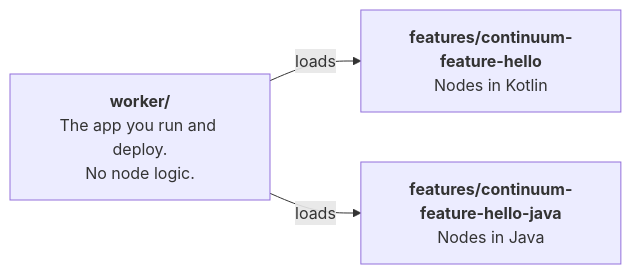
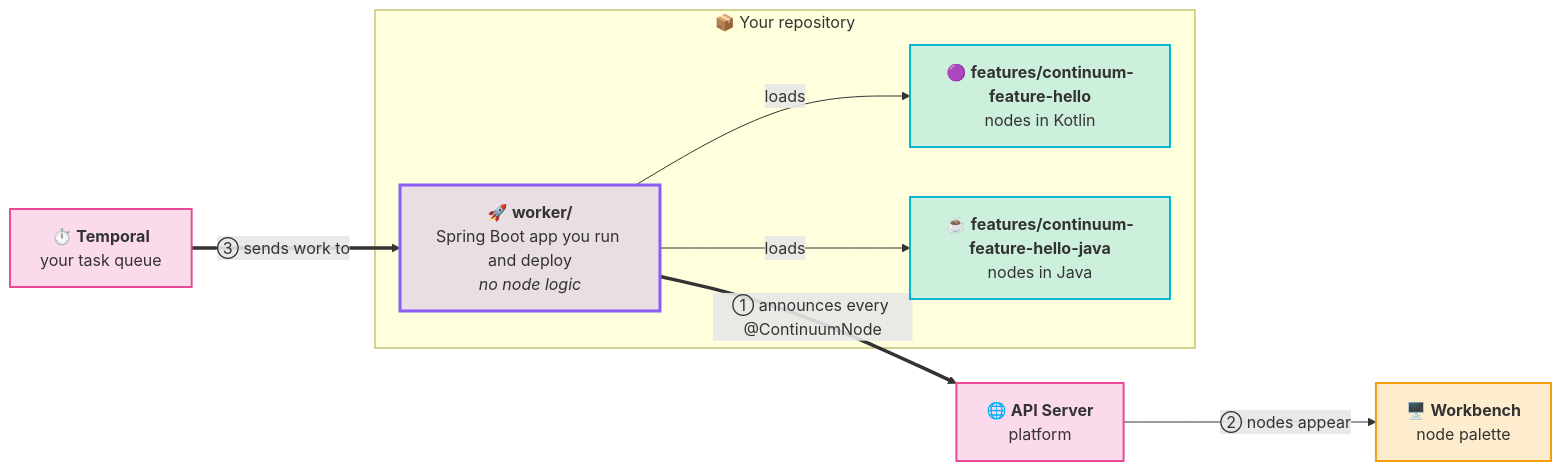
The diagram in docs/contributing/create-new-nodes/step-2-tour-the-template.md (projectcontinuum-org/continuum-docs), drawn with Mermaid before and after one commit. The commit also changed 15 other files, not shown here.

````diff
--- a/docs/contributing/create-new-nodes/step-2-tour-the-template.md
+++ b/docs/contributing/create-new-nodes/step-2-tour-the-template.md
@@ -20,6 +20,27 @@
 ```mermaid
 flowchart LR
-    W["<b>worker/</b><br/>The app you run and deploy.<br/>No node logic."]
-    W -->|loads| K["<b>features/continuum-feature-hello</b><br/>Nodes in Kotlin"]
-    W -->|loads| J["<b>features/continuum-feature-hello-java</b><br/>Nodes in Java"]
+  subgraph Repo["📦 Your repository"]
+    W["🚀 <b>worker/</b><br/>Spring Boot app you run and deploy<br/><i>no node logic</i>"]
+    K["🟣 <b>features/continuum-feature-hello</b><br/>nodes in Kotlin"]
+    J["☕ <b>features/continuum-feature-hello-java</b><br/>nodes in Java"]
+    W -->|loads| K
+    W -->|loads| J
+  end
+
+  API["🌐 <b>API Server</b><br/>platform"]
+  WB["🖥️ <b>Workbench</b><br/>node palette"]
+  T["⏱️ <b>Temporal</b><br/>your task queue"]
+
+  W ==>|"① announces every @ContinuumNode"| API
+  API -->|"② nodes appear"| WB
+  T ==>|"③ sends work to"| W
+
+  classDef code fill:#06b6d433,stroke:#06b6d4,stroke-width:2px
+  classDef entry fill:#8b5cf633,stroke:#8b5cf6,stroke-width:3px
+  classDef core fill:#ec489933,stroke:#ec4899,stroke-width:2px
+  classDef ui fill:#f59e0b33,stroke:#f59e0b,stroke-width:2px
+  class K,J code
+  class W entry
+  class API,T core
+  class WB ui
 ```
````
